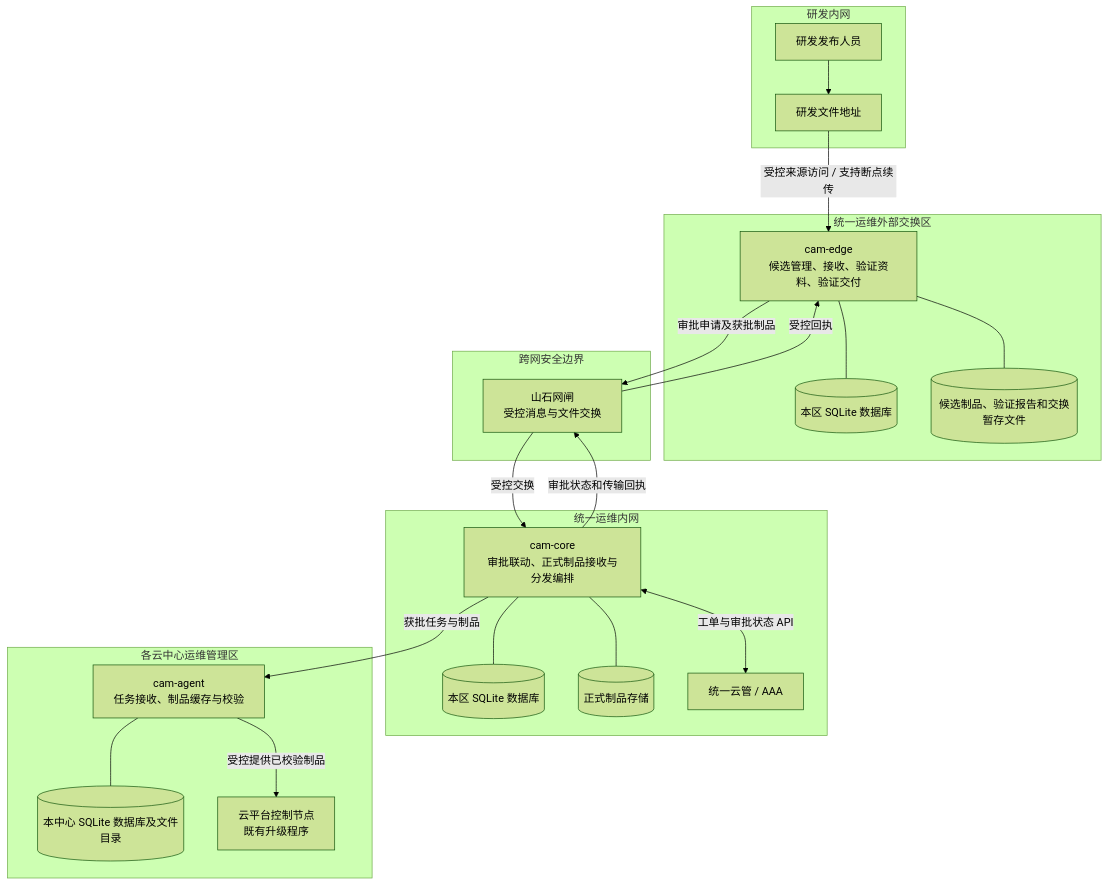
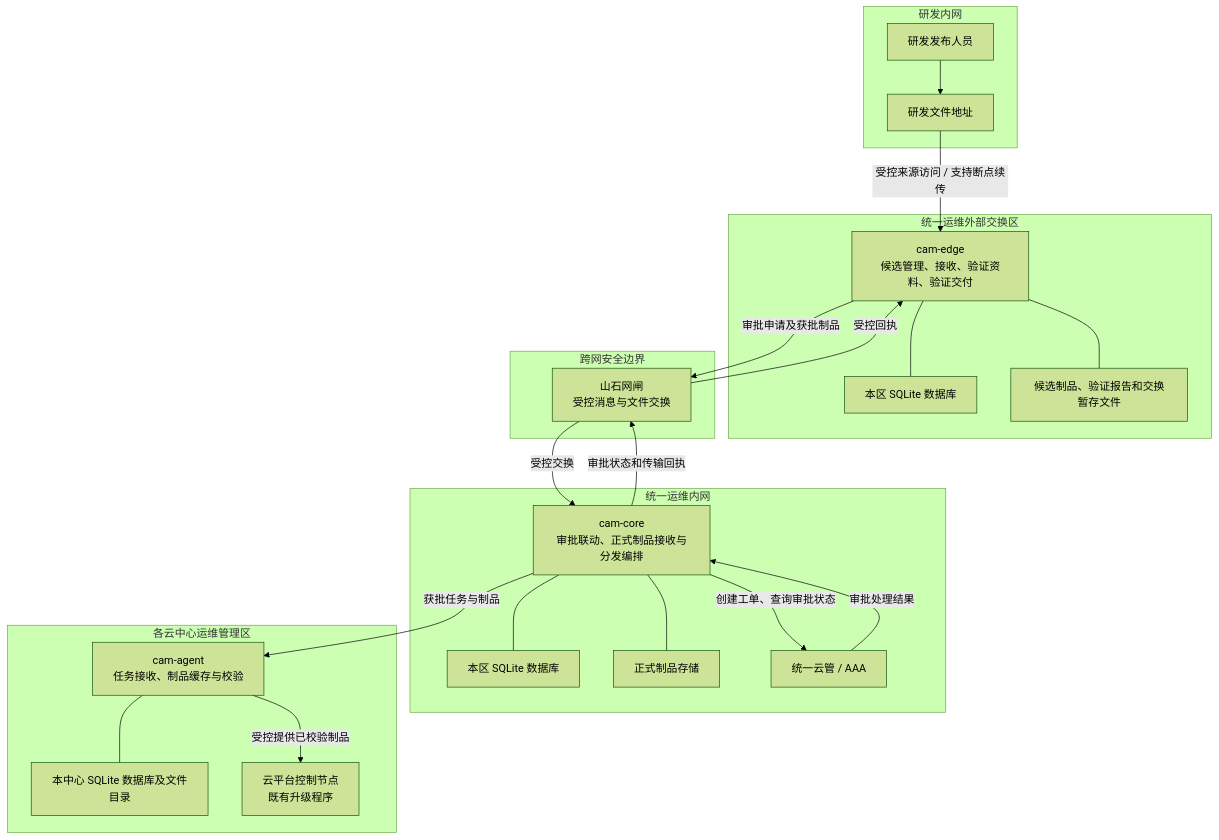
One commit to dongsweet/cloud-artifact-management changed the first of 5 diagrams in docs/assessment-overview.md. Above: the diagram before and after it, drawn with Mermaid (forest theme).

Commit message:
docs: make architecture diagram Mermaid-compatible

````diff
--- a/docs/assessment-overview.md
+++ b/docs/assessment-overview.md
@@ -20,45 +20,46 @@
 ```mermaid
 flowchart TB
     subgraph DEV[研发内网]
         SOURCE[研发文件地址]
         TEAM[研发发布人员]
         TEAM --> SOURCE
     end
 
     subgraph EXT[统一运维外部交换区]
-        EDGE[cam-edge<br/>候选管理、接收、验证资料、验证交付]
-        DBE[(本区 SQLite 数据库)]
-        FILEE[(候选制品、验证报告和交换暂存文件)]
+        EDGE["cam-edge<br/>候选管理、接收、验证资料、验证交付"]
+        DBE["本区 SQLite 数据库"]
+        FILEE["候选制品、验证报告和交换暂存文件"]
         EDGE --- DBE
         EDGE --- FILEE
     end
 
     subgraph BORDER[跨网安全边界]
-        GATE[山石网闸<br/>受控消息与文件交换]
+        GATE["山石网闸<br/>受控消息与文件交换"]
     end
 
     subgraph INT[统一运维内网]
-        CORE[cam-core<br/>审批联动、正式制品接收与分发编排]
-        DBC[(本区 SQLite 数据库)]
-        REPO[(正式制品存储)]
-        CLOUD[统一云管 / AAA]
+        CORE["cam-core<br/>审批联动、正式制品接收与分发编排"]
+        DBC["本区 SQLite 数据库"]
+        REPO["正式制品存储"]
+        CLOUD["统一云管 / AAA"]
         CORE --- DBC
         CORE --- REPO
-        CORE <-->|工单与审批状态 API| CLOUD
+        CORE -->|创建工单、查询审批状态| CLOUD
+        CLOUD -->|审批处理结果| CORE
     end
 
     subgraph CENTER[各云中心运维管理区]
-        AGENT[cam-agent<br/>任务接收、制品缓存与校验]
-        DBA[(本中心 SQLite 数据库及文件目录)]
-        NODES[云平台控制节点<br/>既有升级程序]
+        AGENT["cam-agent<br/>任务接收、制品缓存与校验"]
+        DBA["本中心 SQLite 数据库及文件目录"]
+        NODES["云平台控制节点<br/>既有升级程序"]
         AGENT --- DBA
         AGENT -->|受控提供已校验制品| NODES
     end
 
     SOURCE -->|受控来源访问 / 支持断点续传| EDGE
     EDGE -->|审批申请及获批制品| GATE
     GATE -->|受控交换| CORE
     CORE -->|审批状态和传输回执| GATE
     GATE -->|受控回执| EDGE
     CORE -->|获批任务与制品| AGENT
 ```
````
